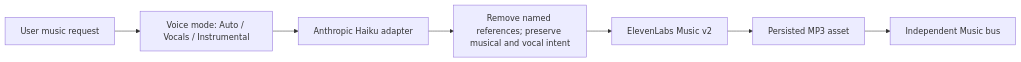
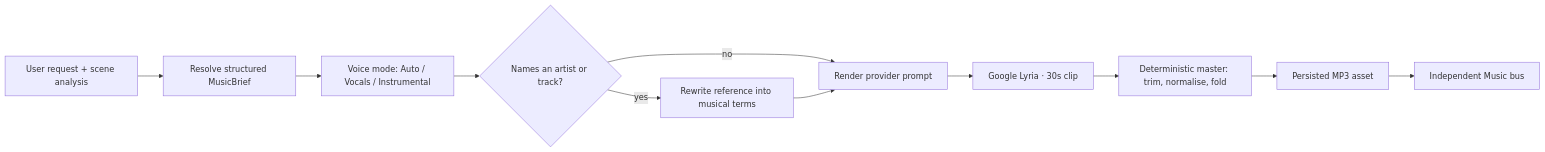
Before and after one commit to shubhamjoshipromail-svg/vibe-curator: the second of 2 diagrams in README.md, drawn with Mermaid. The commit also changed other lines of this file, not shown here.

````diff
--- a/README.md
+++ b/README.md
@@ -225,9 +234,13 @@
 ```mermaid
 flowchart LR
-    A["User music request"] --> M["Voice mode: Auto / Vocals / Instrumental"]
-    M --> H["Anthropic Haiku adapter"]
-    H --> S["Remove named references; preserve musical and vocal intent"]
-    S --> EL["ElevenLabs Music v2"]
-    EL --> MP3["Persisted MP3 asset"]
+    A["User request + scene analysis"] --> B["Resolve structured MusicBrief"]
+    B --> M["Voice mode: Auto / Vocals / Instrumental"]
+    M --> D{"Names an artist or track?"}
+    D -- no --> P["Render provider prompt"]
+    D -- yes --> S["Rewrite reference into musical terms"]
+    S --> P
+    P --> LY["Google Lyria · 30s clip"]
+    LY --> MA["Deterministic master: trim, normalise, fold"]
+    MA --> MP3["Persisted MP3 asset"]
     MP3 --> MIX["Independent Music bus"]
 ```
````
